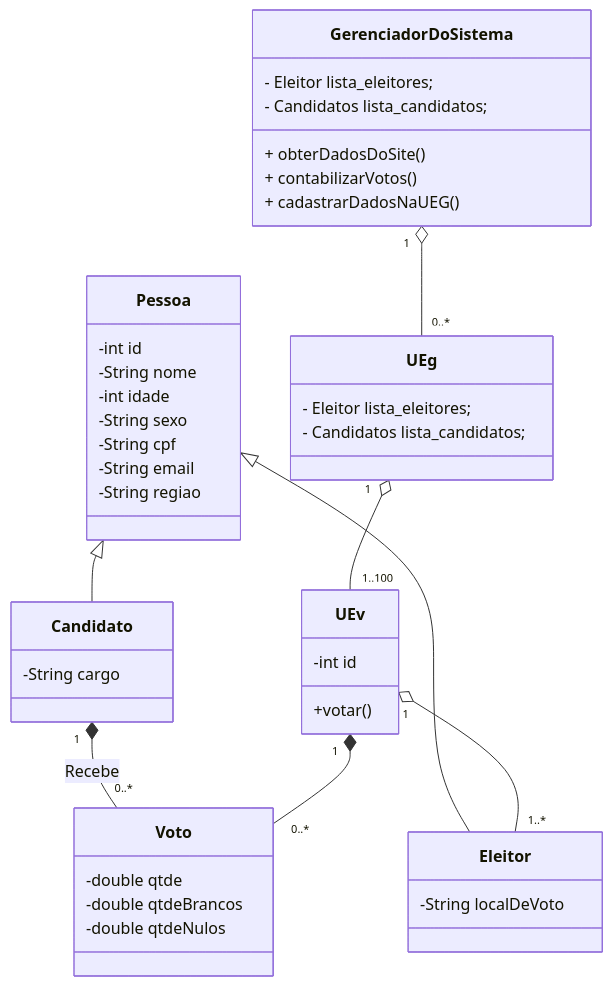
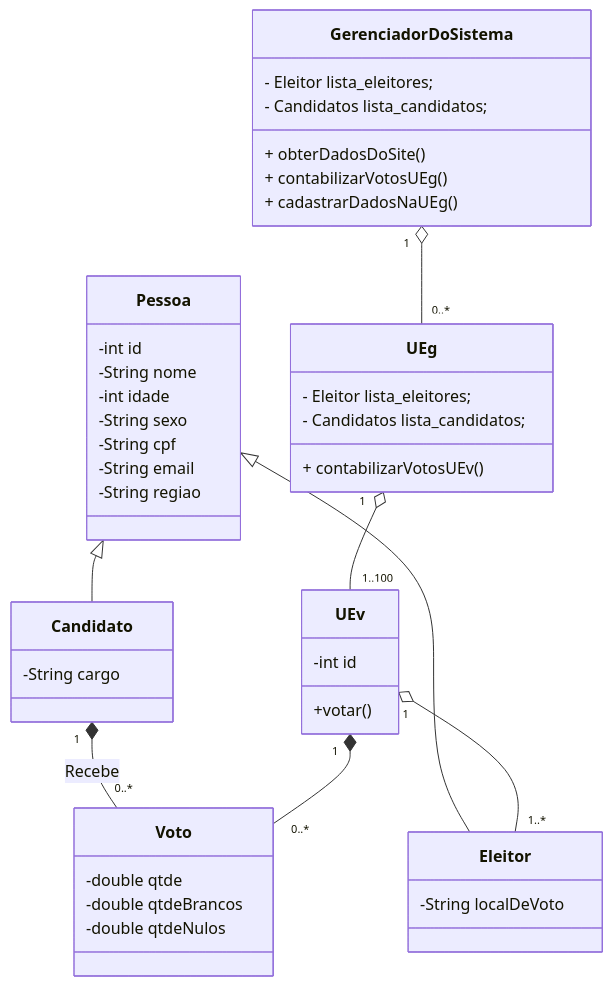
Before and after one commit to HenriqueFinatti/Modelagem-De-Software-Orientado-a-Objetos: the diagram in Lab2-Diagrama_De_Classes/Diagrama_De_Classes2.md, drawn with Mermaid.

````diff
--- a/Lab2-Diagrama_De_Classes/Diagrama_De_Classes2.md
+++ b/Lab2-Diagrama_De_Classes/Diagrama_De_Classes2.md
@@ -3,51 +3,52 @@
 ```mermaid
 classDiagram
 Pessoa <|-- Eleitor
 Pessoa <|-- Candidato
 Pessoa: -int id
 Pessoa: -String nome
 Pessoa: -int idade
 Pessoa: -String sexo
 Pessoa: -String cpf
 Pessoa: -String email
 Pessoa: -String regiao
 
 Eleitor: -String localDeVoto
 
 class Candidato{
   -String cargo
 }
 
 class UEg{
     - Eleitor lista_eleitores;
     - Candidatos lista_candidatos;
+    + contabilizarVotosUEv()
 }
 
 class UEv{
   -int id
   +votar()
 }
 
 class GerenciadorDoSistema{
     - Eleitor lista_eleitores;
     - Candidatos lista_candidatos;
     + obterDadosDoSite()
-    + contabilizarVotos()
-    + cadastrarDadosNaUEG()
+    + contabilizarVotosUEg()
+    + cadastrarDadosNaUEg()
 }
 
 class Voto{
   -double qtde
   -double qtdeBrancos
   -double qtdeNulos
 }
 
 GerenciadorDoSistema "1" o-- "0..*" UEg
 Candidato "1" *-- "0..*" Voto : Recebe
 UEg "1" o-- "1..100" UEv
 UEv "1" *-- "0..*" Voto
 UEv "1" o-- "1..*" Eleitor
 
 
 
 ```
````
